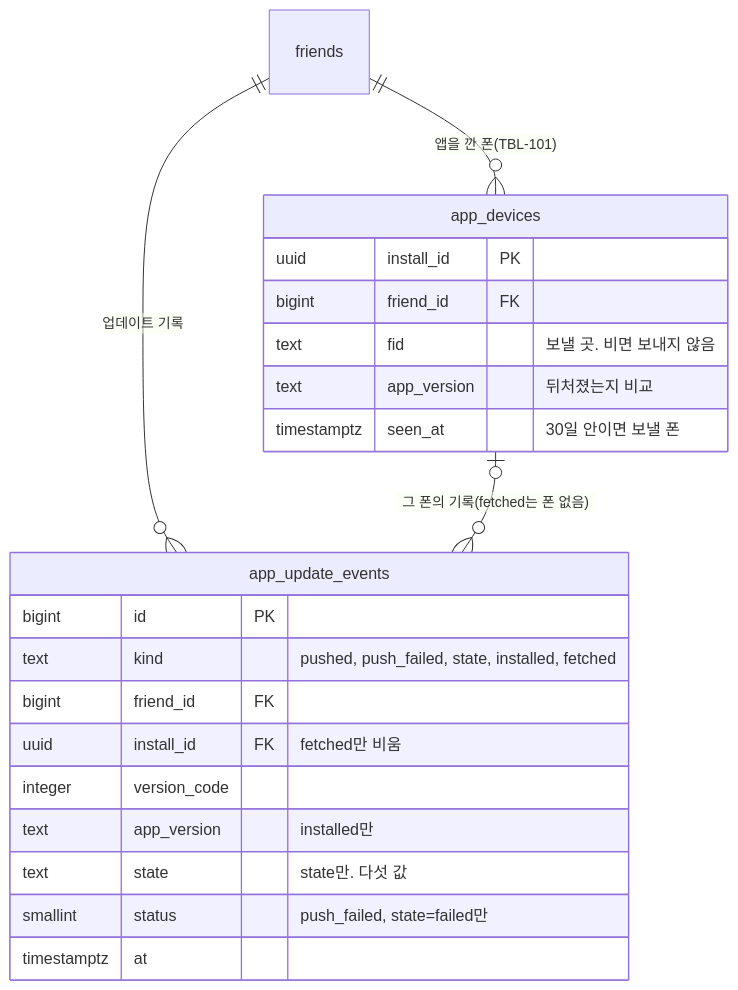
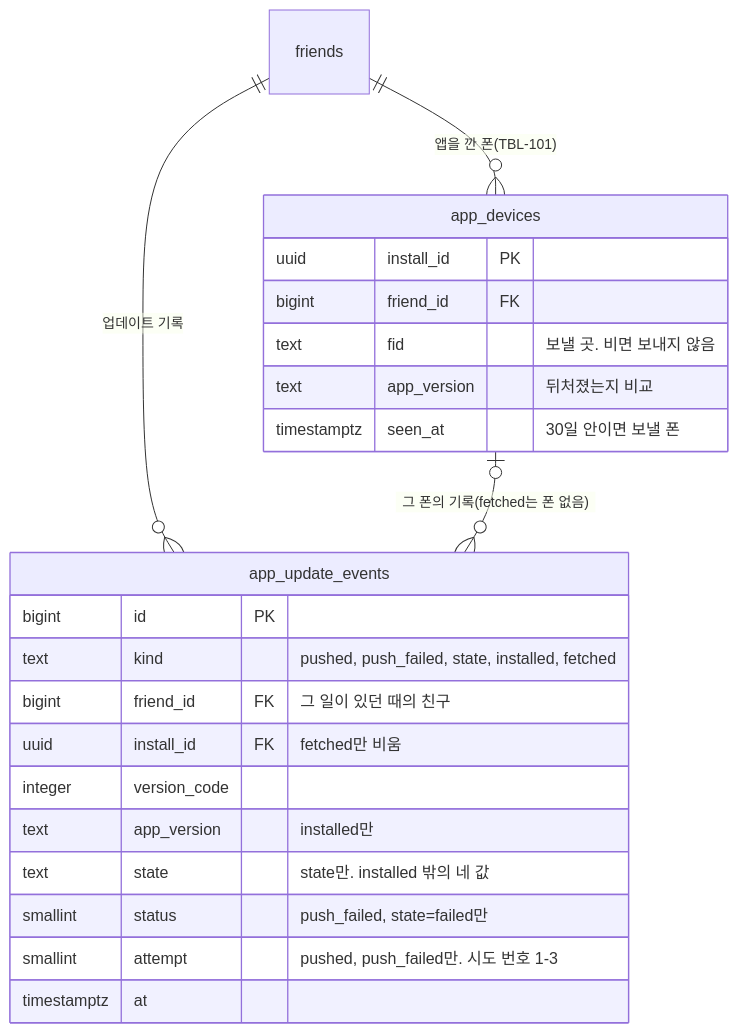
The diagram in docs/05-erd/app-update.md (kodonghui/marong2), drawn with Mermaid before and after one commit. The commit also changed other lines of this file and 9 other files, not shown here.

````diff
--- a/docs/05-erd/app-update.md
+++ b/docs/05-erd/app-update.md
@@ -19,24 +19,25 @@
 ```mermaid
 erDiagram
   friends ||--o{ app_devices : "앱을 깐 폰(TBL-101)"
   friends ||--o{ app_update_events : "업데이트 기록"
   app_devices |o--o{ app_update_events : "그 폰의 기록(fetched는 폰 없음)"
   app_devices {
     uuid install_id PK
     bigint friend_id FK
     text fid "보낼 곳. 비면 보내지 않음"
     text app_version "뒤처졌는지 비교"
     timestamptz seen_at "30일 안이면 보낼 폰"
   }
   app_update_events {
     bigint id PK
     text kind "pushed, push_failed, state, installed, fetched"
-    bigint friend_id FK
+    bigint friend_id FK "그 일이 있던 때의 친구"
     uuid install_id FK "fetched만 비움"
     integer version_code
     text app_version "installed만"
-    text state "state만. 다섯 값"
+    text state "state만. installed 밖의 네 값"
     smallint status "push_failed, state=failed만"
+    smallint attempt "pushed, push_failed만. 시도 번호 1-3"
     timestamptz at
   }
 ```
````
